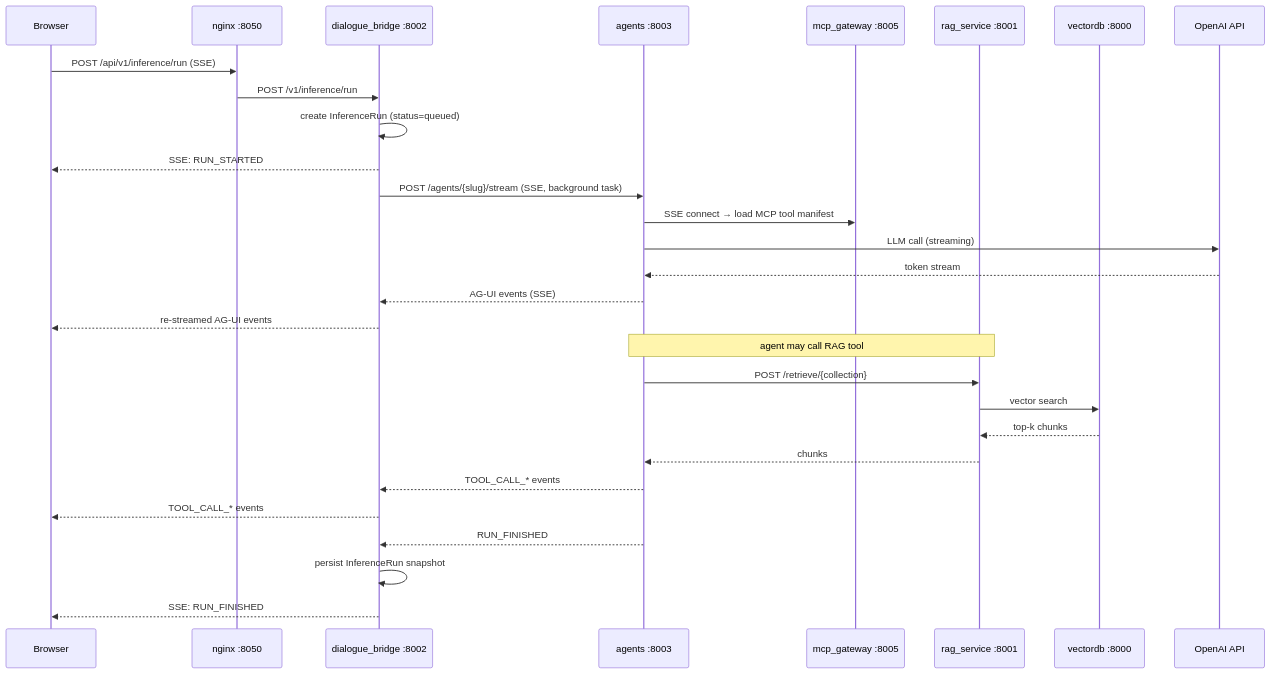
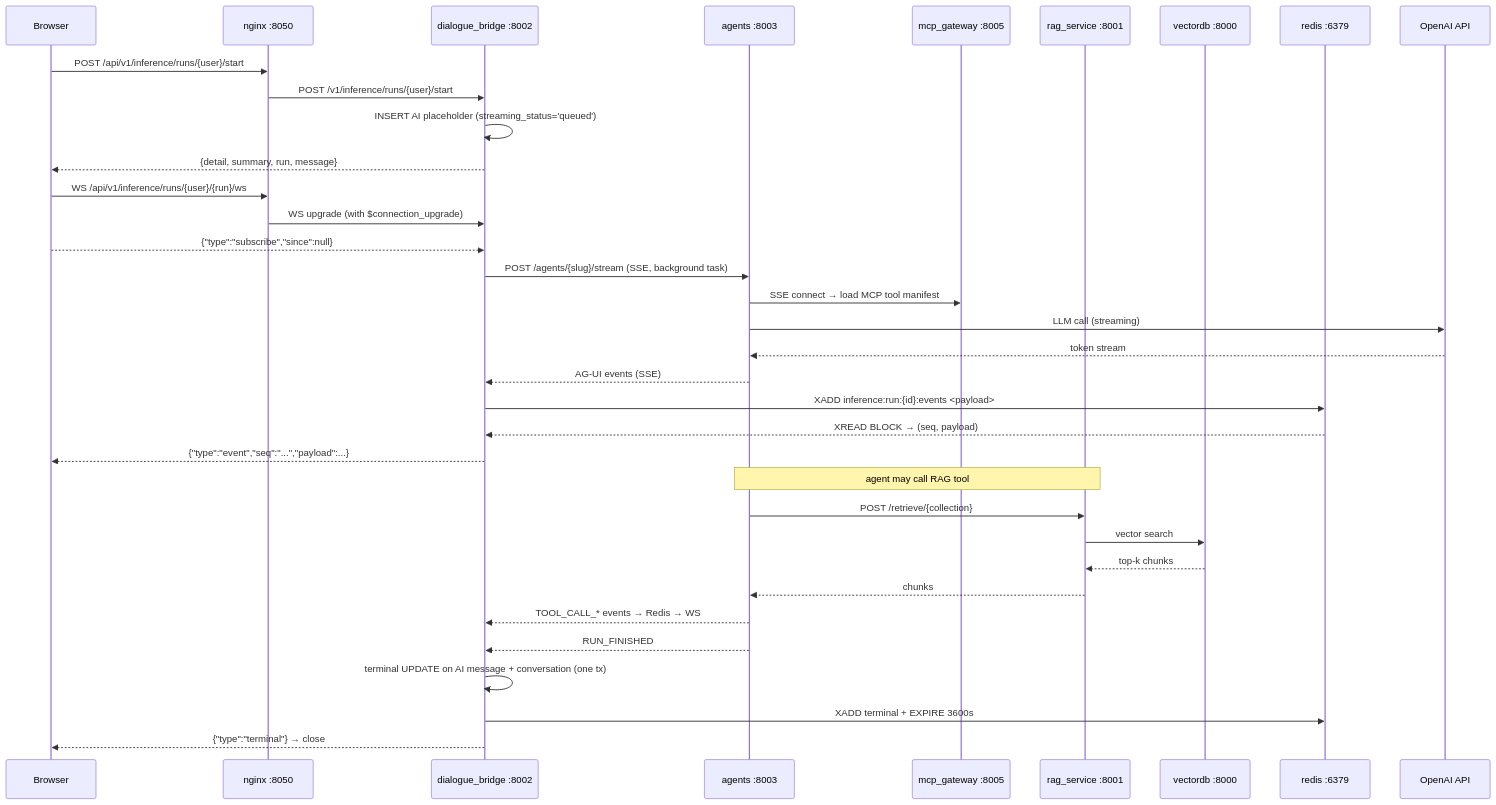
One commit to konstantinosmpouros/mAgenticX changed the second of 3 diagrams in docs/architecture/overview.md. Above: the diagram before and after it, drawn with Mermaid. The commit also changed other lines of this file and 26 other files, not shown here.

Commit message:
Migrate inference streaming to WebSocket + Redis

````diff
--- a/docs/architecture/overview.md
+++ b/docs/architecture/overview.md
@@ -240,32 +249,38 @@
 ```mermaid
 sequenceDiagram
     participant B as Browser
     participant N as nginx :8050
     participant D as dialogue_bridge :8002
     participant A as agents :8003
     participant M as mcp_gateway :8005
     participant R as rag_service :8001
     participant C as vectordb :8000
+    participant Rd as redis :6379
     participant O as OpenAI API
 
-    B->>N: POST /api/v1/inference/run  (SSE)
-    N->>D: POST /v1/inference/run
-    D->>D: create InferenceRun (status=queued)
-    D-->>B: SSE: RUN_STARTED
+    B->>N: POST /api/v1/inference/runs/{user}/start
+    N->>D: POST /v1/inference/runs/{user}/start
+    D->>D: INSERT AI placeholder (streaming_status='queued')
+    D-->>B: {detail, summary, run, message}
+    B->>N: WS /api/v1/inference/runs/{user}/{run}/ws
+    N->>D: WS upgrade (with $connection_upgrade)
+    B-->>D: {"type":"subscribe","since":null}
     D->>A: POST /agents/{slug}/stream (SSE, background task)
     A->>M: SSE connect → load MCP tool manifest
     A->>O: LLM call (streaming)
     O-->>A: token stream
     A-->>D: AG-UI events (SSE)
-    D-->>B: re-streamed AG-UI events
+    D->>Rd: XADD inference:run:{id}:events <payload>
+    Rd-->>D: XREAD BLOCK → (seq, payload)
+    D-->>B: {"type":"event","seq":"...","payload":...}
     Note over A,R: agent may call RAG tool
     A->>R: POST /retrieve/{collection}
     R->>C: vector search
     C-->>R: top-k chunks
     R-->>A: chunks
-    A-->>D: TOOL_CALL_* events
-    D-->>B: TOOL_CALL_* events
+    A-->>D: TOOL_CALL_* events → Redis → WS
     A-->>D: RUN_FINISHED
-    D->>D: persist InferenceRun snapshot
-    D-->>B: SSE: RUN_FINISHED
+    D->>D: terminal UPDATE on AI message + conversation (one tx)
+    D->>Rd: XADD terminal + EXPIRE 3600s
+    D-->>B: {"type":"terminal"} → close
 ```
````
